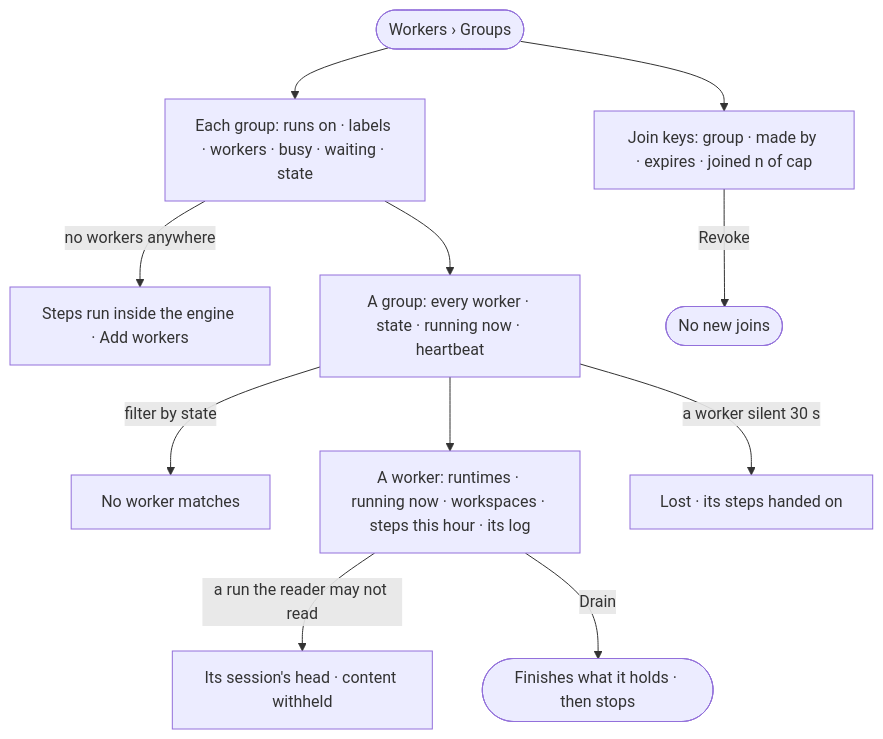
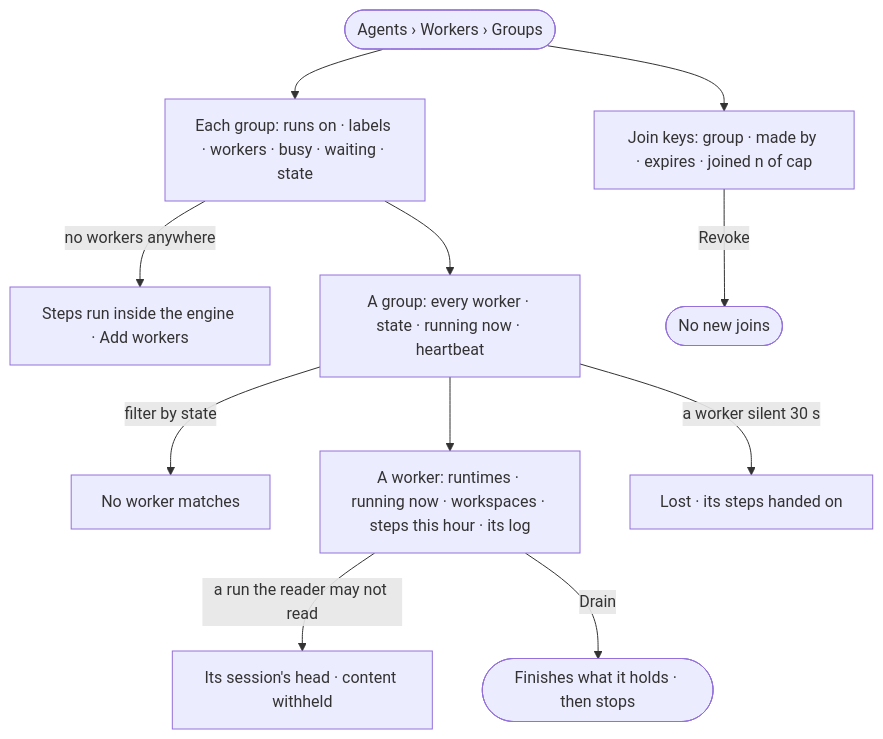
Before and after one commit to invana/invana: the diagram in specs/os/control/features/CP-F03-workers-and-the-queue/stories/CP-09-see-every-worker-and-what-it-is-running/story.md, drawn with Mermaid. The commit also changed other lines of this file and 106 other files, not shown here.

````diff
--- a/specs/os/control/features/CP-F03-workers-and-the-queue/stories/CP-09-see-every-worker-and-what-it-is-running/story.md
+++ b/specs/os/control/features/CP-F03-workers-and-the-queue/stories/CP-09-see-every-worker-and-what-it-is-running/story.md
@@ -26,13 +26,13 @@
 ```mermaid
 flowchart TD
-  s([Workers › Groups]) --> g["Each group: runs on · labels · workers · busy · waiting · state"]
+  s([Agents › Workers › Groups]) --> g["Each group: runs on · labels · workers · busy · waiting · state"]
   g -->|no workers anywhere| nw["Steps run inside the engine · Add workers"]
   g --> grp["A group: every worker · state · running now · heartbeat"]
   grp -->|filter by state| f["No worker matches"]
   grp --> w["A worker: runtimes · running now · workspaces · steps this hour · its log"]
   w -->|a run the reader may not read| wh["Its session's head · content withheld"]
   w -->|Drain| d(["Finishes what it holds · then stops"])
   grp -->|a worker silent 30 s| lost["Lost · its steps handed on"]
   s --> keys["Join keys: group · made by · expires · joined n of cap"]
   keys -->|Revoke| rv(["No new joins"])
 ```
````
